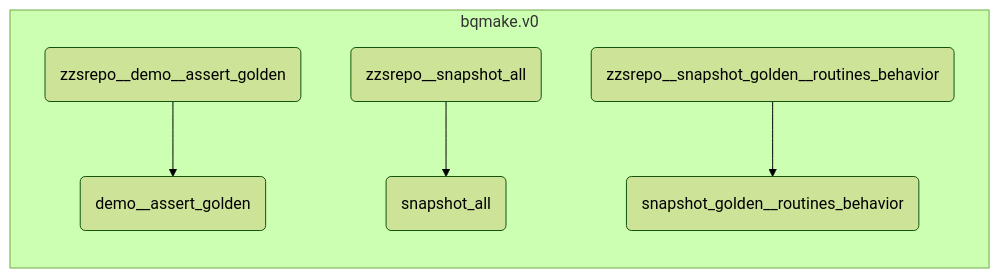
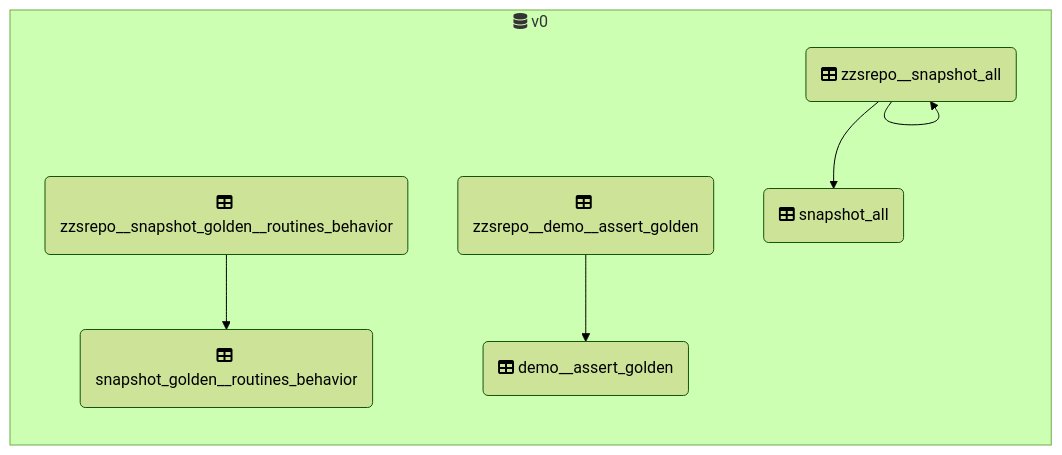
Before and after one commit to takegue/bqmake: the diagram in bigquery/@default/v0/README.md, drawn with Mermaid (forest theme). The commit also changed 1 other file, not shown here.

Commit message:
Update metadata files by CI (#39)
This PR updates some generated files to the latest by running `bqport
pull`.
This PR was created by [this workflow
run](https://github.com/takegue/bqmake/actions/runs/3769240758)
automatically.

````diff
--- a/bigquery/@default/v0/README.md
+++ b/bigquery/@default/v0/README.md
@@ -2,14 +2,15 @@
 ```mermaid
 graph LR
-subgraph bqmake.v0
-	YU88(demo__assert_golden)
-	Jo7E(zzsrepo__demo__assert_golden)
-	Vc+T(snapshot_all)
-	t0qd(zzsrepo__snapshot_all)
-	EIy0(snapshot_golden__routines_behavior)
-	R8Gh(zzsrepo__snapshot_golden__routines_behavior)
+subgraph "fa:fa-database v0"
+	EIy0(fa:fa-table snapshot_golden__routines_behavior)
+	Jo7E(fa:fa-table zzsrepo__demo__assert_golden)
+	R8Gh(fa:fa-table zzsrepo__snapshot_golden__routines_behavior)
+	Vc+T(fa:fa-table snapshot_all)
+	YU88(fa:fa-table demo__assert_golden)
+	t0qd(fa:fa-table zzsrepo__snapshot_all)
 end
 Jo7E --> YU88
+R8Gh --> EIy0
 t0qd --> Vc+T
-R8Gh --> EIy0
+t0qd --> t0qd
 ```
````
